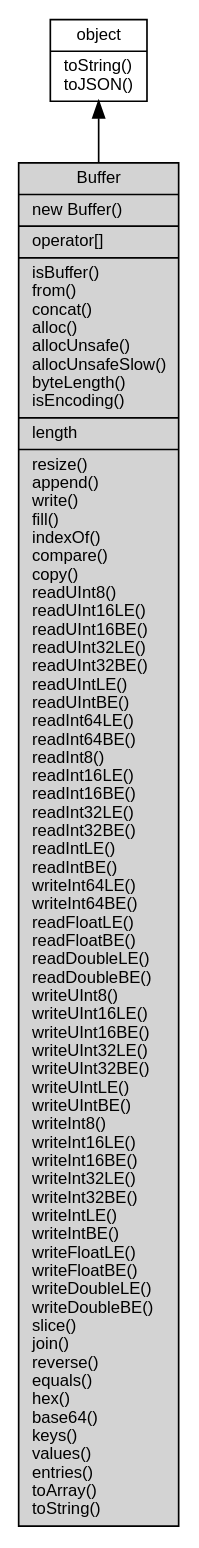
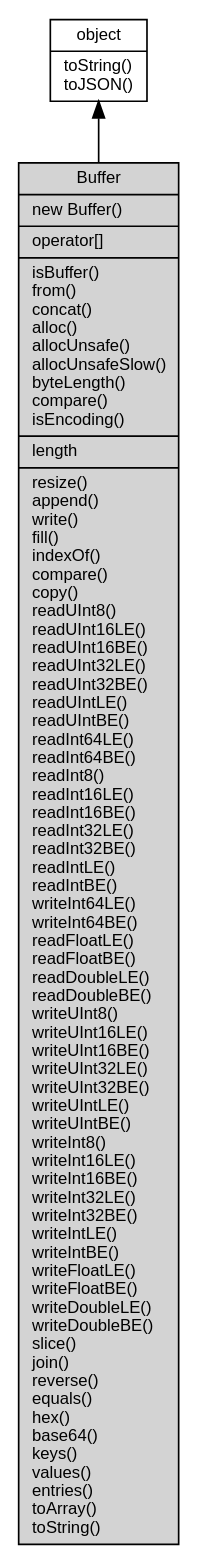
Before and after one commit to fibjs/fibjs.org: the diagram in docs/manual/object/ifs/Buffer.md, drawn with Graphviz. The commit also changed other lines of this file and 205 other files, not shown here.

````diff
--- a/docs/manual/object/ifs/Buffer.md
+++ b/docs/manual/object/ifs/Buffer.md
@@ -11,10 +11,10 @@
 ```dot
 digraph {
     node [fontname="Helvetica,sans-Serif", fontsize=10, shape="record", style="filled", fillcolor="white"];
 
     object [tooltip="object", URL="object.md", label="{object|toString()\ltoJSON()\l}"];
-    Buffer [tooltip="Buffer", fillcolor="lightgray", id="me", label="{Buffer|new Buffer()\l|operator[]\l|isBuffer()\lfrom()\lconcat()\lalloc()\lallocUnsafe()\lallocUnsafeSlow()\lbyteLength()\lisEncoding()\l|length\l|resize()\lappend()\lwrite()\lfill()\lindexOf()\lcompare()\lcopy()\lreadUInt8()\lreadUInt16LE()\lreadUInt16BE()\lreadUInt32LE()\lreadUInt32BE()\lreadUIntLE()\lreadUIntBE()\lreadInt64LE()\lreadInt64BE()\lreadInt8()\lreadInt16LE()\lreadInt16BE()\lreadInt32LE()\lreadInt32BE()\lreadIntLE()\lreadIntBE()\lwriteInt64LE()\lwriteInt64BE()\lreadFloatLE()\lreadFloatBE()\lreadDoubleLE()\lreadDoubleBE()\lwriteUInt8()\lwriteUInt16LE()\lwriteUInt16BE()\lwriteUInt32LE()\lwriteUInt32BE()\lwriteUIntLE()\lwriteUIntBE()\lwriteInt8()\lwriteInt16LE()\lwriteInt16BE()\lwriteInt32LE()\lwriteInt32BE()\lwriteIntLE()\lwriteIntBE()\lwriteFloatLE()\lwriteFloatBE()\lwriteDoubleLE()\lwriteDoubleBE()\lslice()\ljoin()\lreverse()\lequals()\lhex()\lbase64()\lkeys()\lvalues()\lentries()\ltoArray()\ltoString()\l}"];
+    Buffer [tooltip="Buffer", fillcolor="lightgray", id="me", label="{Buffer|new Buffer()\l|operator[]\l|isBuffer()\lfrom()\lconcat()\lalloc()\lallocUnsafe()\lallocUnsafeSlow()\lbyteLength()\lcompare()\lisEncoding()\l|length\l|resize()\lappend()\lwrite()\lfill()\lindexOf()\lcompare()\lcopy()\lreadUInt8()\lreadUInt16LE()\lreadUInt16BE()\lreadUInt32LE()\lreadUInt32BE()\lreadUIntLE()\lreadUIntBE()\lreadInt64LE()\lreadInt64BE()\lreadInt8()\lreadInt16LE()\lreadInt16BE()\lreadInt32LE()\lreadInt32BE()\lreadIntLE()\lreadIntBE()\lwriteInt64LE()\lwriteInt64BE()\lreadFloatLE()\lreadFloatBE()\lreadDoubleLE()\lreadDoubleBE()\lwriteUInt8()\lwriteUInt16LE()\lwriteUInt16BE()\lwriteUInt32LE()\lwriteUInt32BE()\lwriteUIntLE()\lwriteUIntBE()\lwriteInt8()\lwriteInt16LE()\lwriteInt16BE()\lwriteInt32LE()\lwriteInt32BE()\lwriteIntLE()\lwriteIntBE()\lwriteFloatLE()\lwriteFloatBE()\lwriteDoubleLE()\lwriteDoubleBE()\lslice()\ljoin()\lreverse()\lequals()\lhex()\lbase64()\lkeys()\lvalues()\lentries()\ltoArray()\ltoString()\l}"];
 
     object -> Buffer [dir=back];
 }
 ```
````
